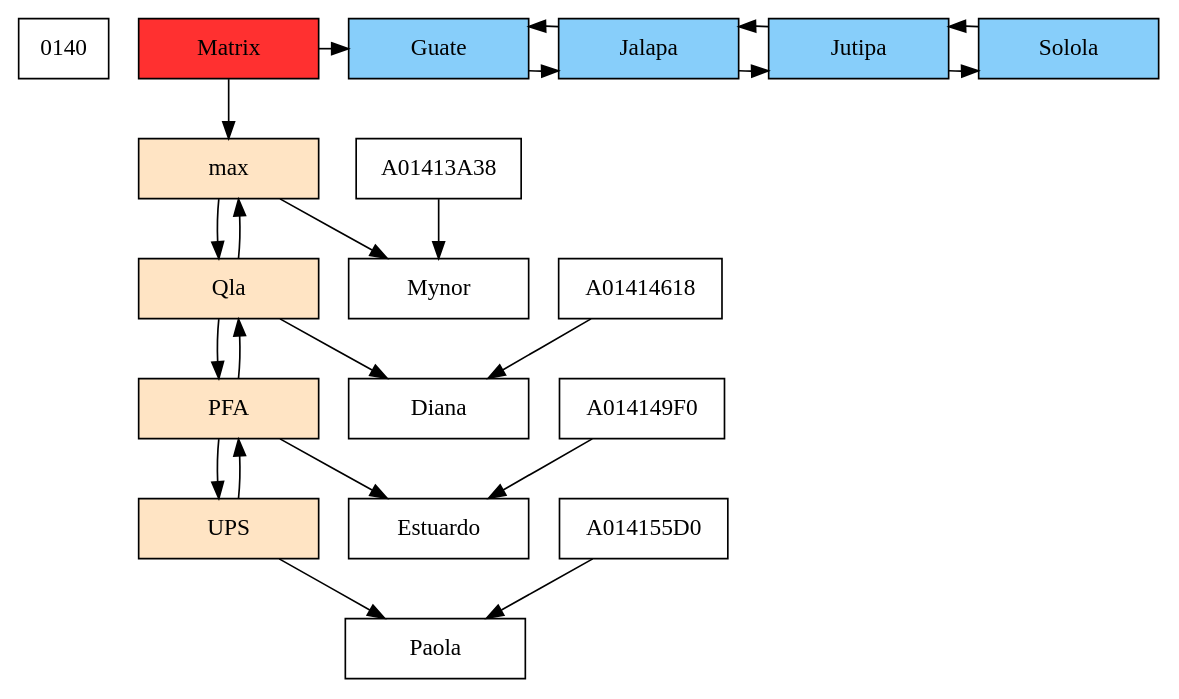
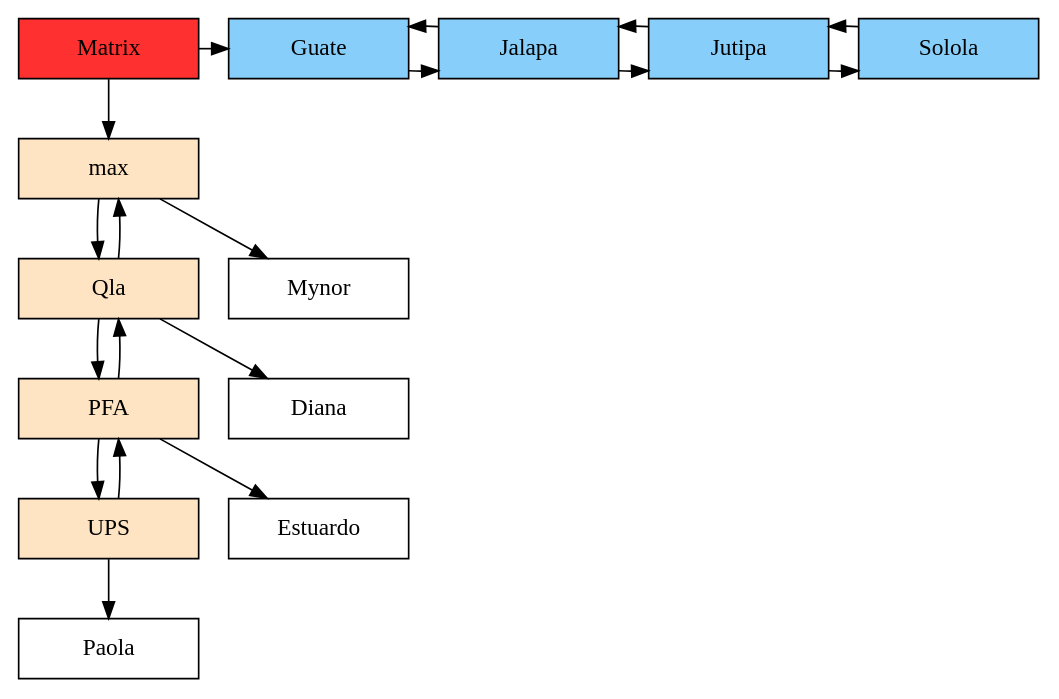
The diagram in Matriz.dot (MEFM/SistemaDeRentas), drawn with Graphviz before and after one commit. The commit also changed 12 other files, not shown here.

```diff
--- a/Matriz.dot
+++ b/Matriz.dot
@@ -1,49 +1,45 @@
 digraph a{
 node[shape=box];
-0140B708[ label = "Matrix", width = 1.5, style = filled, fillcolor = firebrick1, group = 1 ];
-U01413A38 [label = "max"    pos = "5.3, 3.5!" width = 1.5 style = filled, fillcolor = bisque1, group = 1 ];
-U01414618 [label = "Qla"    pos = "5.3, 3.5!" width = 1.5 style = filled, fillcolor = bisque1, group = 1 ];
-U014149F0 [label = "PFA"    pos = "5.3, 3.5!" width = 1.5 style = filled, fillcolor = bisque1, group = 1 ];
-U014155D0 [label = "UPS"    pos = "5.3, 3.5!" width = 1.5 style = filled, fillcolor = bisque1, group = 1 ];
-0140B708->U01413A38
-U01413A38-> U01414618
-U01414618-> U014149F0
-U01414618-> U01413A38
-U014149F0-> U014155D0
-U014149F0-> U01414618
-U014155D0-> U014149F0
+00862270[ label = "Matrix", width = 1.5, style = filled, fillcolor = firebrick1, group = 1 ];
+U008635D0 [label = "max"    pos = "5.3, 3.5!" width = 1.5 style = filled, fillcolor = bisque1, group = 1 ];
+U008641B0 [label = "Qla"    pos = "5.3, 3.5!" width = 1.5 style = filled, fillcolor = bisque1, group = 1 ];
+U00864588 [label = "PFA"    pos = "5.3, 3.5!" width = 1.5 style = filled, fillcolor = bisque1, group = 1 ];
+U00865168 [label = "UPS"    pos = "5.3, 3.5!" width = 1.5 style = filled, fillcolor = bisque1, group = 1 ];
+00862270->U008635D0
+U008635D0-> U008641B0
+U008641B0-> U00864588
+U008641B0-> U008635D0
+U00864588-> U00865168
+U00864588-> U008641B0
+U00865168-> U00864588
 
 
-A014138F0 [label = Guate   width = 1.5 style = filled, fillcolor = lightskyblue, group = 2 ];
-A01413CC8 [label = Jalapa   width = 1.5 style = filled, fillcolor = lightskyblue, group = 3 ];
-A014148A8 [label = Jutipa   width = 1.5 style = filled, fillcolor = lightskyblue, group = 4 ];
-A01415488 [label = Solola   width = 1.5 style = filled, fillcolor = lightskyblue, group = 5 ];
-0140B708->A014138F0
-A014138F0-> A01413CC8
-A01413CC8-> A014148A8
-A01413CC8-> A014138F0
-A014148A8-> A01415488
-A014148A8-> A01413CC8
-A01415488-> A014148A8
+A00860F30 [label = Guate   width = 1.5 style = filled, fillcolor = lightskyblue, group = 2 ];
+A00863860 [label = Jalapa   width = 1.5 style = filled, fillcolor = lightskyblue, group = 3 ];
+A00864440 [label = Jutipa   width = 1.5 style = filled, fillcolor = lightskyblue, group = 4 ];
+A00865020 [label = Solola   width = 1.5 style = filled, fillcolor = lightskyblue, group = 5 ];
+00862270->A00860F30
+A00860F30-> A00863860
+A00863860-> A00864440
+A00863860-> A00860F30
+A00864440-> A00865020
+A00864440-> A00863860
+A00865020-> A00864440
 {rank = same;
-0140B708;
-A014138F0;
-A01413CC8;
-A014148A8;
-A01415488;
+00862270;
+A00860F30;
+A00863860;
+A00864440;
+A00865020;
 }
 
 
-N01413A38_L0140C808 [label = "Mynor" width = 1.5, group = 2 ];
-A01413A38->N01413A38_L0140C808
-U01413A38->N01413A38_L0140C808
-N01414618_L01413B80 [label = "Diana" width = 1.5, group = 3 ];
-A01414618->N01414618_L01413B80
-U01414618->N01414618_L01413B80
-N014149F0_L01414760 [label = "Estuardo" width = 1.5, group = 4 ];
-A014149F0->N014149F0_L01414760
-U014149F0->N014149F0_L01414760
-N014155D0_L01414B38 [label = "Paola" width = 1.5, group = 5 ];
-A014155D0->N014155D0_L01414B38
-U014155D0->N014155D0_L01414B38
+N008635D0_L00860EA8 [label = "Mynor" width = 1.5, group = 2 ];
+N008641B0_L00863718 [label = "Diana" width = 1.5, group = 3 ];
+N00864588_L008642F8 [label = "Estuardo" width = 1.5, group = 4 ];
+N00865168_L008646D0 [label = "Paola" width = 1.5, group = 5 ];
+U008635D0->N008635D0_L00860EA8
+U008641B0->N008641B0_L00863718
+U00864588->N00864588_L008642F8
+U00865168->N00865168_L008646D0
 }
```
